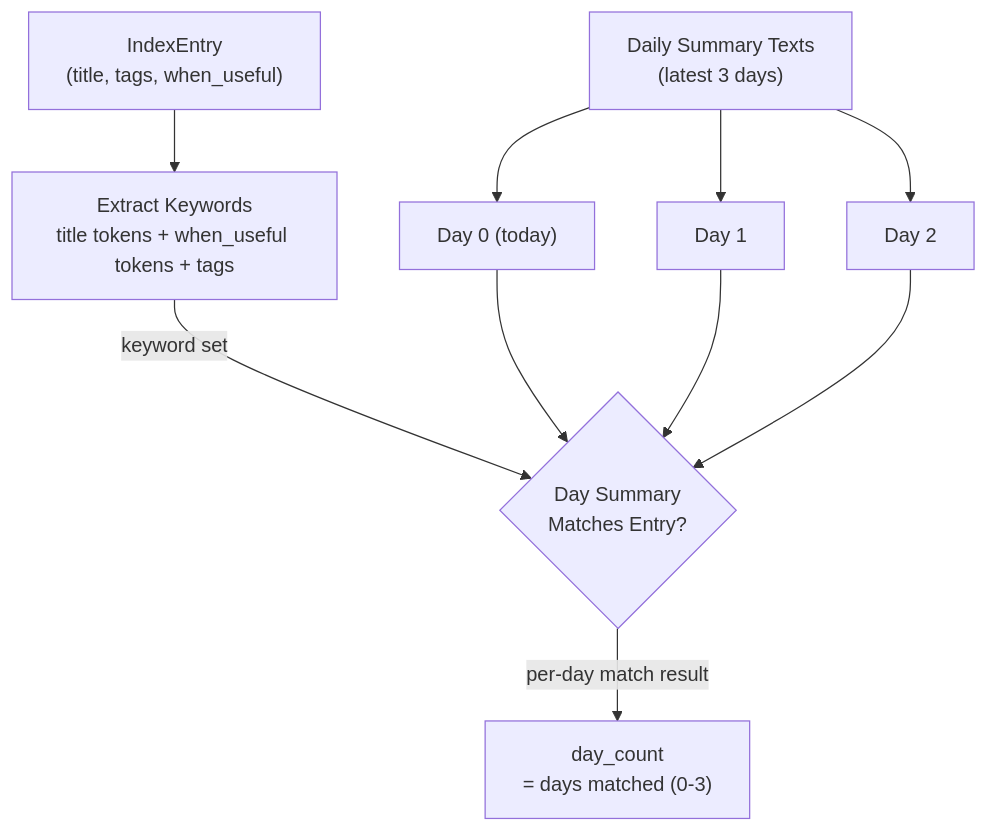
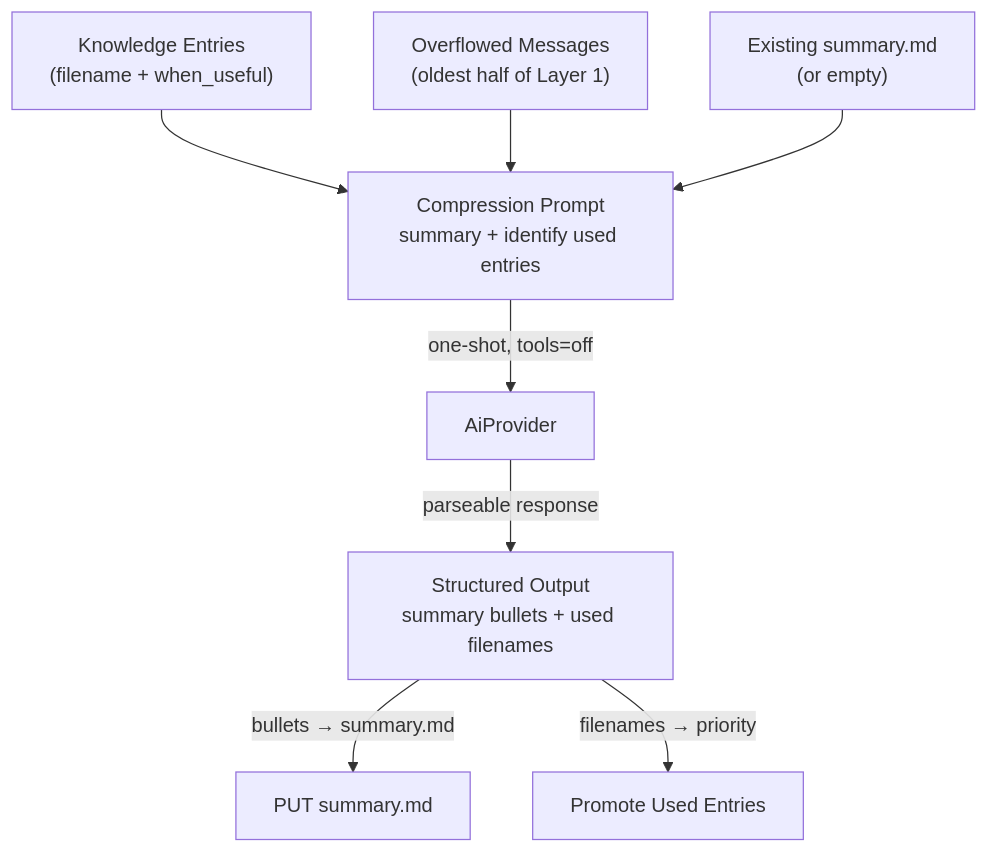
One commit to cosmoswafer/rockbot changed the third of 5 diagrams in _dfds/base/knowledge-priority.md. Above: the diagram before and after it, drawn with Mermaid. The commit also changed other lines of this file and 5 other files, not shown here.

First line of the commit message:
Revise DFDs: replace daily summaries with single summary.md compression

````diff
--- a/_dfds/base/knowledge-priority.md
+++ b/_dfds/base/knowledge-priority.md
@@ -146,21 +137,17 @@
 ```mermaid
 flowchart TD
-    ENTRY["IndexEntry<br/>(title, tags, when_useful)"]
-    EXTRACT["Extract Keywords<br/>title tokens + when_useful tokens + tags"]
-    SUMS["Daily Summary Texts<br/>(latest 3 days)"]
-    DAY0["Day 0 (today)"]
-    DAY1["Day 1"]
-    DAY2["Day 2"]
-    MATCH_DAY{"Day Summary<br/>Matches Entry?"}
-    COUNT["day_count<br/>= days matched (0-3)"]
+    ENTRIES["Knowledge Entries<br/>(filename + when_useful)"]
+    MESSAGES["Overflowed Messages<br/>(oldest half of Layer 1)"]
+    EXISTING["Existing summary.md<br/>(or empty)"]
+    AI[AiProvider]
+    PROMPT["Compression Prompt<br/>summary + identify used entries"]
+    OUTPUT["Structured Output<br/>summary bullets + used filenames"]
 
-    ENTRY --> EXTRACT
-    EXTRACT -->|"keyword set"| MATCH_DAY
-    SUMS --> DAY0
-    SUMS --> DAY1
-    SUMS --> DAY2
-    DAY0 --> MATCH_DAY
-    DAY1 --> MATCH_DAY
-    DAY2 --> MATCH_DAY
-    MATCH_DAY -->|"per-day match result"| COUNT
+    ENTRIES --> PROMPT
+    MESSAGES --> PROMPT
+    EXISTING --> PROMPT
+    PROMPT -->|"one-shot, tools=off"| AI
+    AI -->|"parseable response"| OUTPUT
+    OUTPUT -->|"bullets → summary.md"| WRITE[PUT summary.md]
+    OUTPUT -->|"filenames → priority"| PROMOTE[Promote Used Entries]
 ```
````
